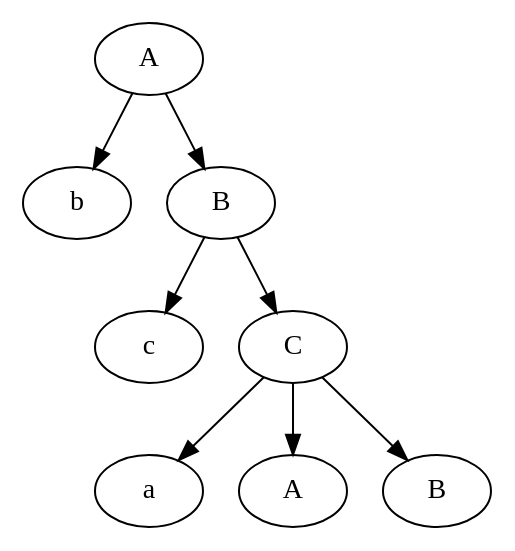
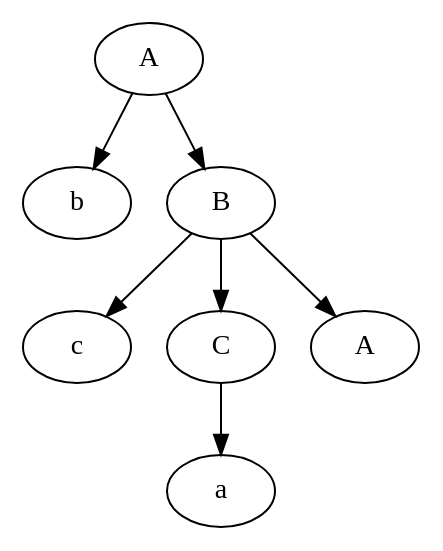
Before and after one commit to Barashkov-GO/tfl_lab3: the diagram in results/test4_A.gv, drawn with Graphviz. The commit also changed 7 other files, not shown here.

```diff
--- a/results/test4_A.gv
+++ b/results/test4_A.gv
@@ -1,18 +1,16 @@
 digraph G {
 	0[label="A"]
 	1[label="b"]
-	7[label="B"]
+	6[label="B"]
 	2[label="c"]
-	6[label="C"]
+	4[label="C"]
 	3[label="a"]
-	4[label="A"]
-	5[label="B"]
-	6->3
+	4->3
+	5[label="A"]
+	6->2
 	6->4
 	6->5
-	7->2
-	7->6
 	0->1
-	0->7
+	0->6
 
 }
```
